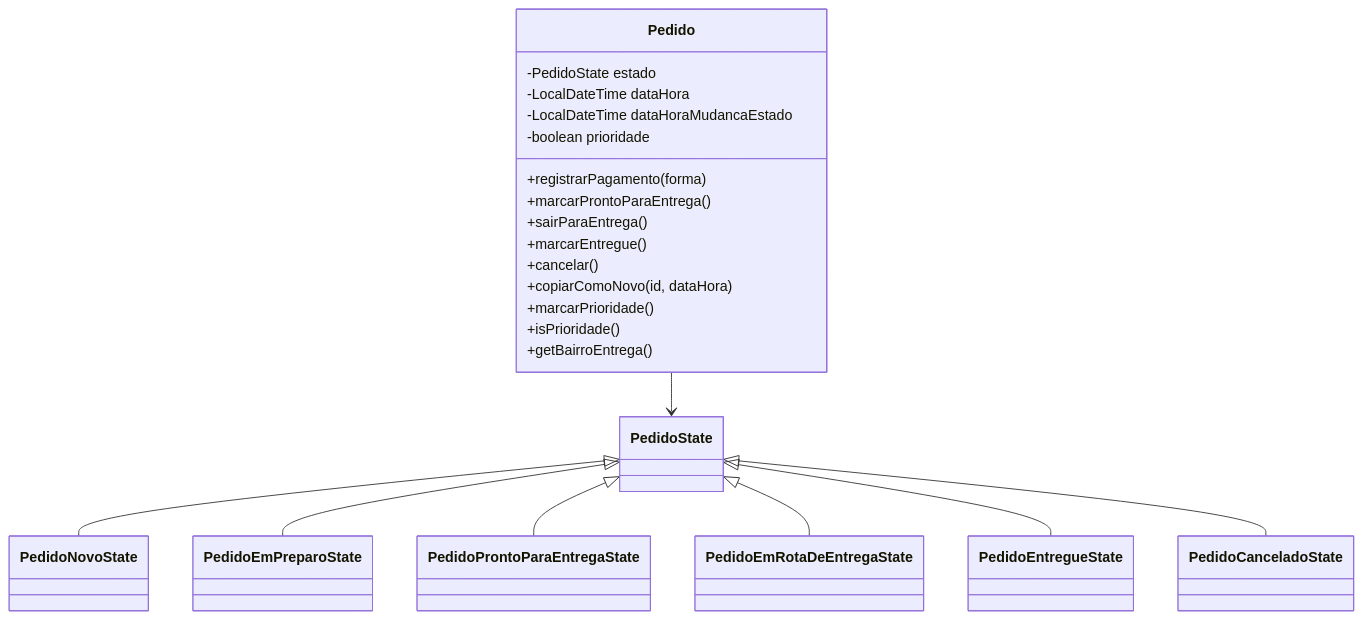
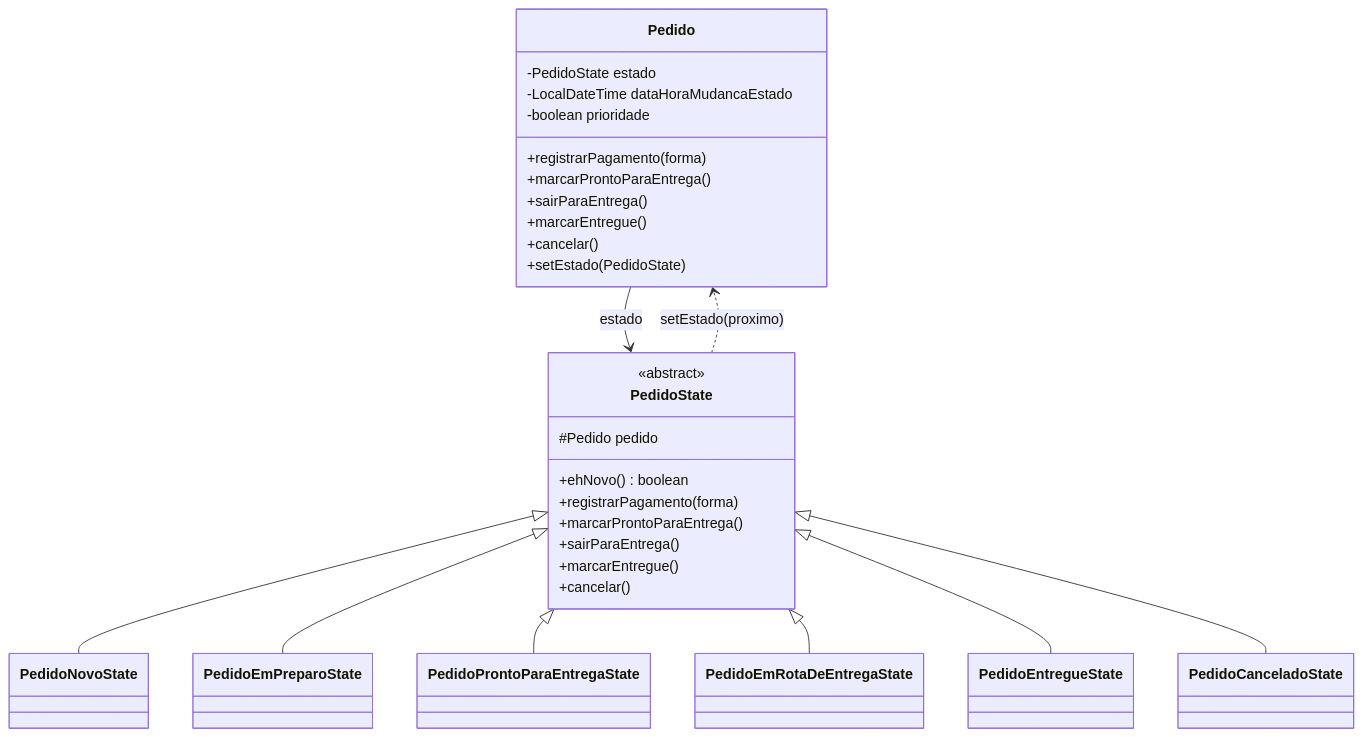
One commit to claytonfraga/painel_pedidos_component changed the second of 7 diagrams in openspec/specs/painel-acompanhamento-pedidos/design.md. Above: the diagram before and after it, drawn with Mermaid. The commit also changed other lines of this file and 18 other files, not shown here.

First line of the commit message:
refactor: fila FIFO por prioridade/tempo no estado e limpeza de dead-code

````diff
--- a/openspec/specs/painel-acompanhamento-pedidos/design.md
+++ b/openspec/specs/painel-acompanhamento-pedidos/design.md
@@ -42,32 +58,38 @@
 ```mermaid
 classDiagram
     class Pedido {
       -PedidoState estado
-      -LocalDateTime dataHora
       -LocalDateTime dataHoraMudancaEstado
       -boolean prioridade
       +registrarPagamento(forma)
       +marcarProntoParaEntrega()
       +sairParaEntrega()
       +marcarEntregue()
       +cancelar()
-      +copiarComoNovo(id, dataHora)
-      +marcarPrioridade()
-      +isPrioridade()
-      +getBairroEntrega()
+      +setEstado(PedidoState)
     }
-    class PedidoState
+    class PedidoState {
+      <<abstract>>
+      #Pedido pedido
+      +ehNovo() boolean
+      +registrarPagamento(forma)
+      +marcarProntoParaEntrega()
+      +sairParaEntrega()
+      +marcarEntregue()
+      +cancelar()
+    }
     class PedidoNovoState
     class PedidoEmPreparoState
     class PedidoProntoParaEntregaState
     class PedidoEmRotaDeEntregaState
     class PedidoEntregueState
     class PedidoCanceladoState
+    Pedido --> PedidoState : estado
     PedidoState <|-- PedidoNovoState
     PedidoState <|-- PedidoEmPreparoState
     PedidoState <|-- PedidoProntoParaEntregaState
     PedidoState <|-- PedidoEmRotaDeEntregaState
     PedidoState <|-- PedidoEntregueState
     PedidoState <|-- PedidoCanceladoState
-    Pedido --> PedidoState
+    PedidoState ..> Pedido : setEstado(proximo)
 ```
````
